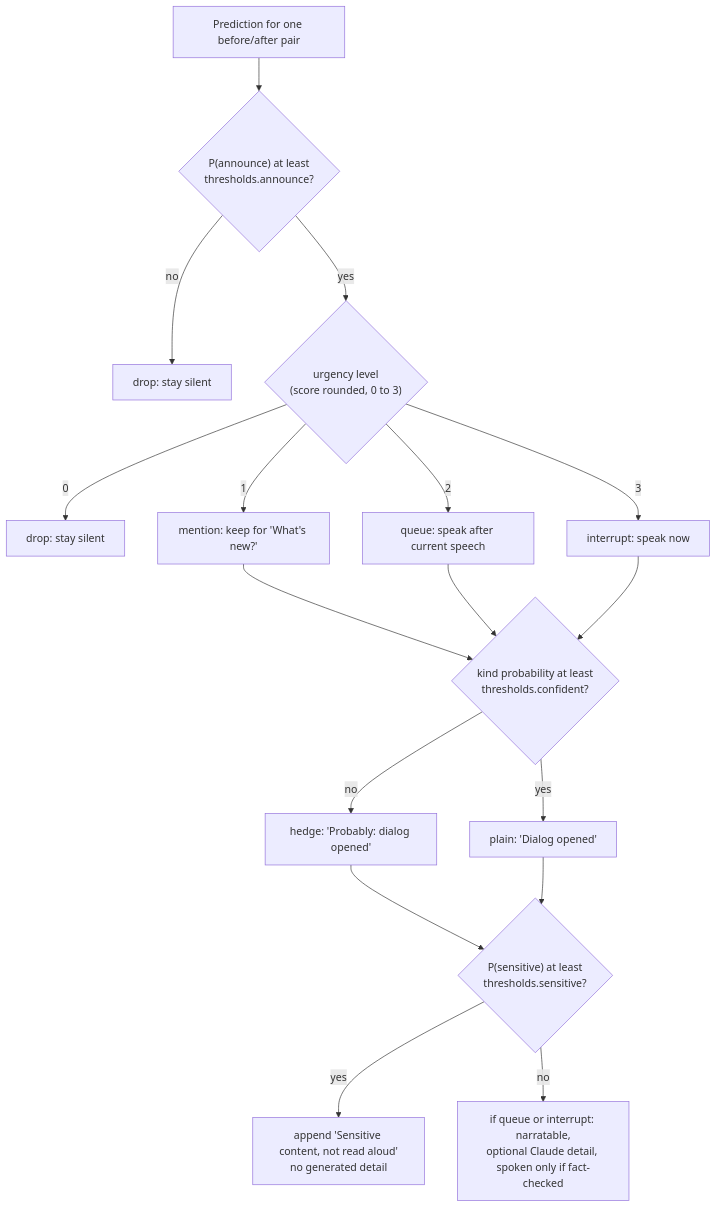
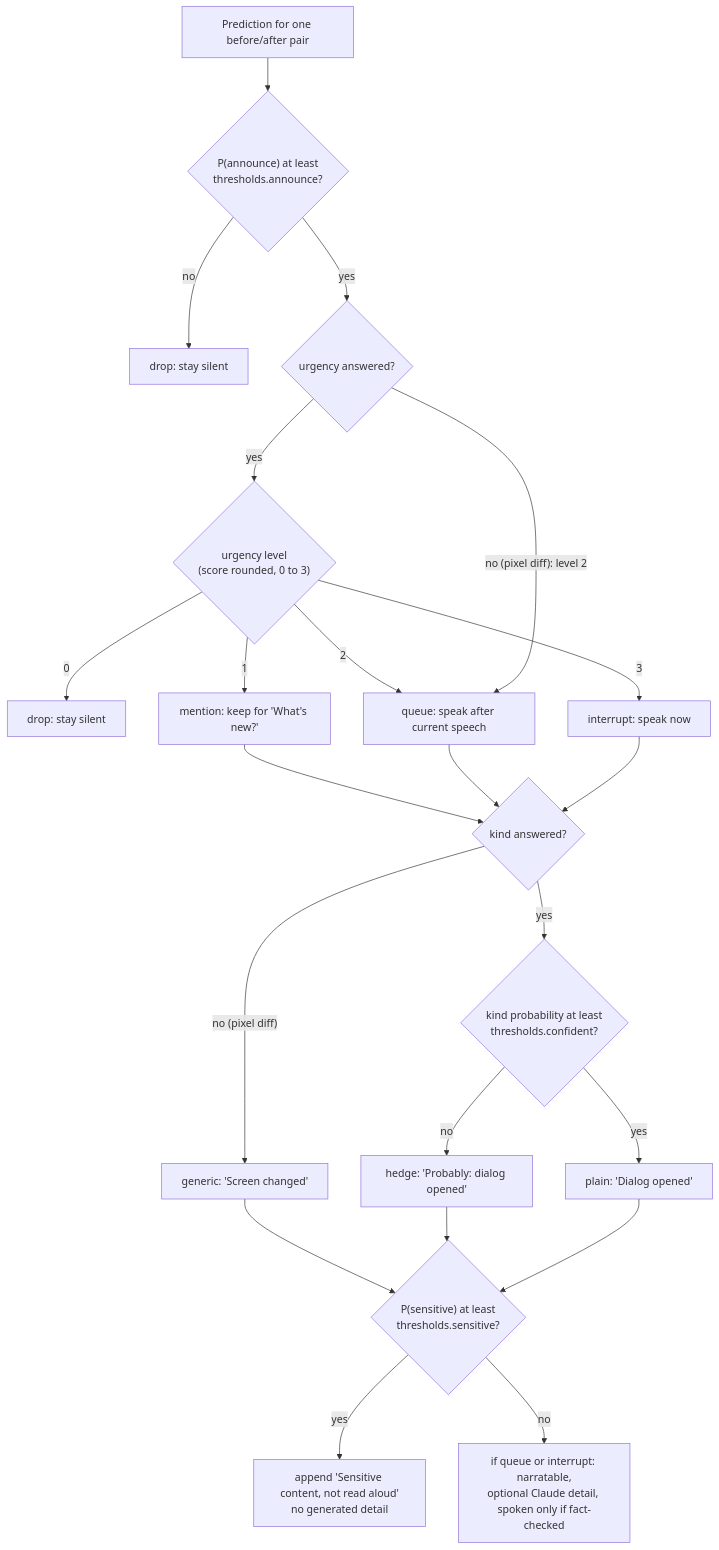
One commit to xoriors/experimental changed the diagram in screen-narrator-d1/docs/decision.mmd. Above: the diagram before and after it, drawn with Mermaid. The commit also changed 35 other files, not shown here.

```diff
--- a/screen-narrator-d1/docs/decision.mmd
+++ b/screen-narrator-d1/docs/decision.mmd
@@ -1,14 +1,18 @@
 flowchart TD
     A["Prediction for one before/after pair"] --> B{"P(announce) at least<br/>thresholds.announce?"}
     B -->|no| DROP1[drop: stay silent]
-    B -->|yes| C{"urgency level<br/>(score rounded, 0 to 3)"}
+    B -->|yes| U{"urgency answered?"}
+    U -->|yes| C{"urgency level<br/>(score rounded, 0 to 3)"}
     C -->|0| DROP2[drop: stay silent]
     C -->|1| M["mention: keep for 'What's new?'"]
     C -->|2| Q[queue: speak after current speech]
     C -->|3| I[interrupt: speak now]
-    M & Q & I --> K{"kind probability at least<br/>thresholds.confident?"}
+    U -->|"no (pixel diff): level 2"| Q
+    M & Q & I --> KA{"kind answered?"}
+    KA -->|"no (pixel diff)"| G["generic: 'Screen changed'"]
+    KA -->|yes| K{"kind probability at least<br/>thresholds.confident?"}
     K -->|no| H["hedge: 'Probably: dialog opened'"]
     K -->|yes| S["plain: 'Dialog opened'"]
-    H & S --> SEN{"P(sensitive) at least<br/>thresholds.sensitive?"}
+    G & H & S --> SEN{"P(sensitive) at least<br/>thresholds.sensitive?"}
     SEN -->|yes| NO["append 'Sensitive content, not read aloud'<br/>no generated detail"]
     SEN -->|no| NAR["if queue or interrupt: narratable,<br/>optional Claude detail, spoken only if fact-checked"]
```
